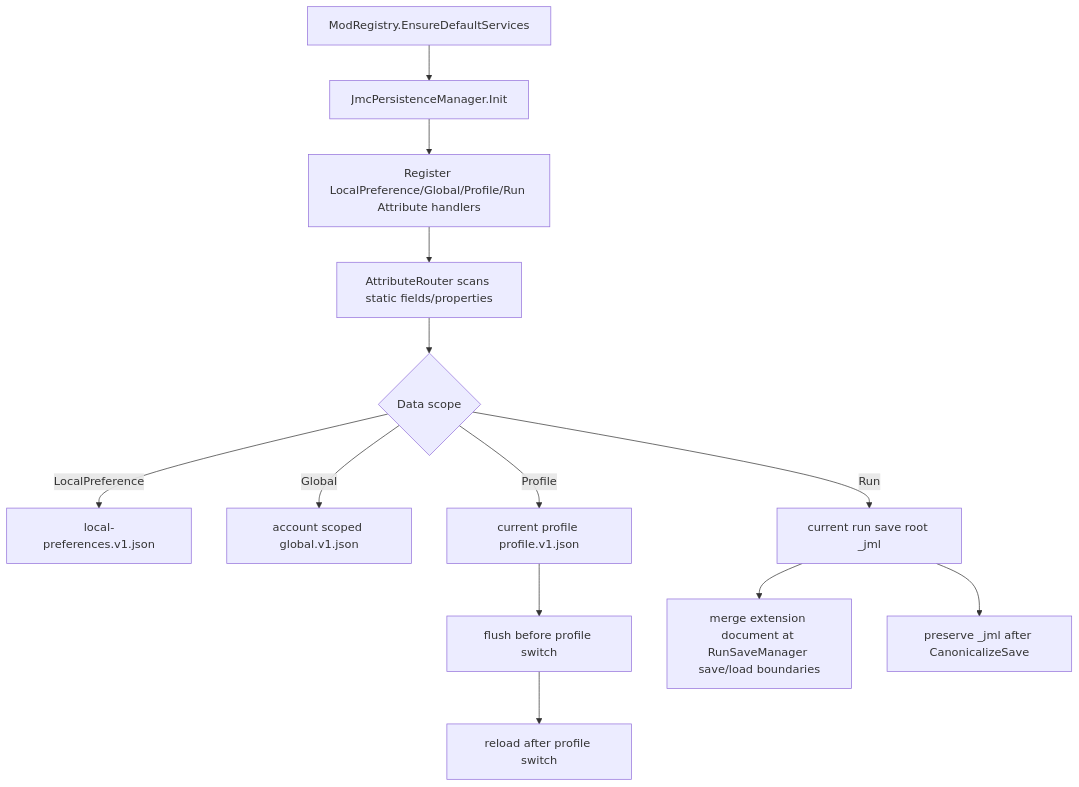
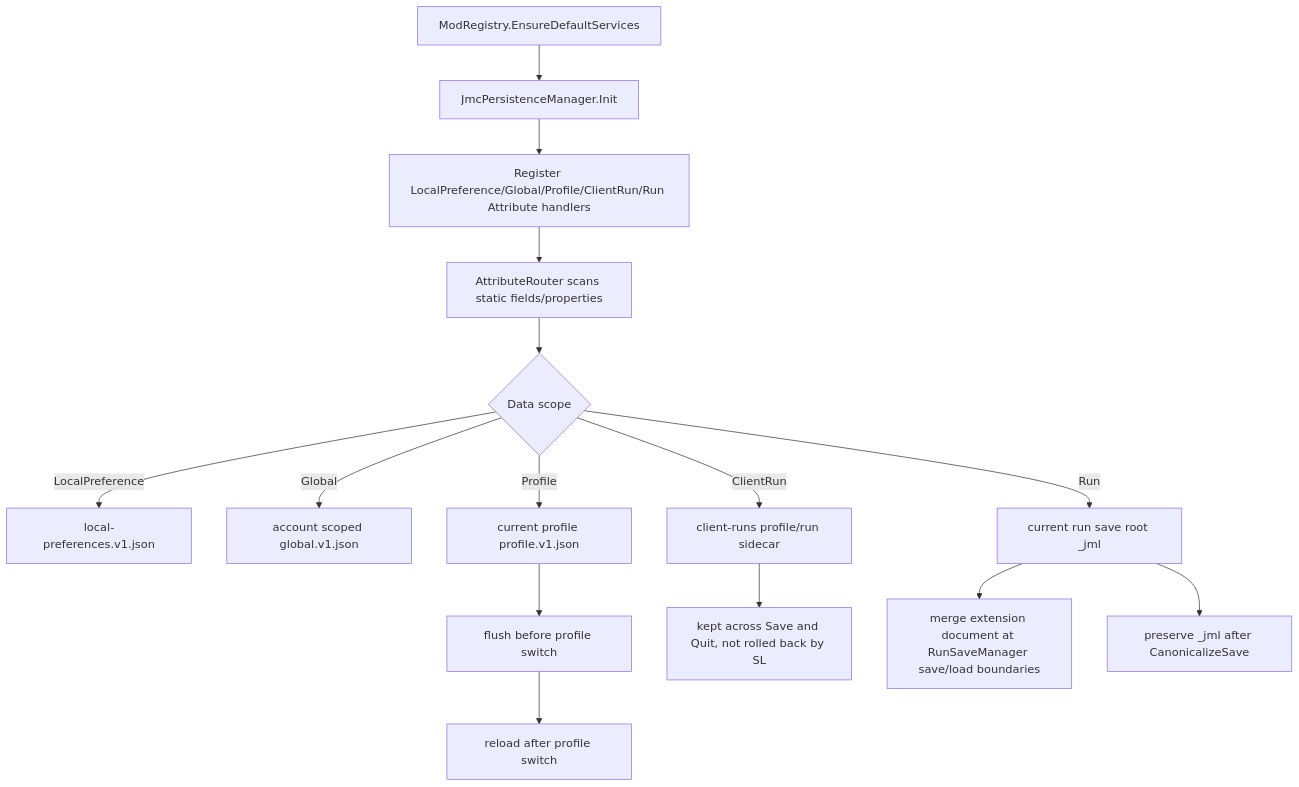
Before and after one commit to JMC-Mods/SlayTheSpire2_JmcModLib: the sixth of 16 diagrams in docs/JML_API_Reference_en.md, drawn with Mermaid. The commit also changed other lines of this file and 24 other files, not shown here.

````diff
--- a/docs/JML_API_Reference_en.md
+++ b/docs/JML_API_Reference_en.md
@@ -631,15 +641,17 @@
 ```mermaid
 flowchart TD
     A[ModRegistry.EnsureDefaultServices] --> B[JmcPersistenceManager.Init]
-    B --> C[Register LocalPreference/Global/Profile/Run Attribute handlers]
+    B --> C[Register LocalPreference/Global/Profile/ClientRun/Run Attribute handlers]
     C --> D[AttributeRouter scans static fields/properties]
     D --> E{Data scope}
     E -- LocalPreference --> F[local-preferences.v1.json]
     E -- Global --> G[account scoped global.v1.json]
     E -- Profile --> H[current profile profile.v1.json]
-    E -- Run --> I[current run save root _jml]
+    E -- ClientRun --> I[client-runs profile/run sidecar]
+    E -- Run --> N[current run save root _jml]
     H --> J[flush before profile switch]
     J --> K[reload after profile switch]
-    I --> L[merge extension document at RunSaveManager save/load boundaries]
-    I --> M[preserve _jml after CanonicalizeSave]
+    I --> L[kept across Save and Quit, not rolled back by SL]
+    N --> M[merge extension document at RunSaveManager save/load boundaries]
+    N --> O[preserve _jml after CanonicalizeSave]
 ```
````
